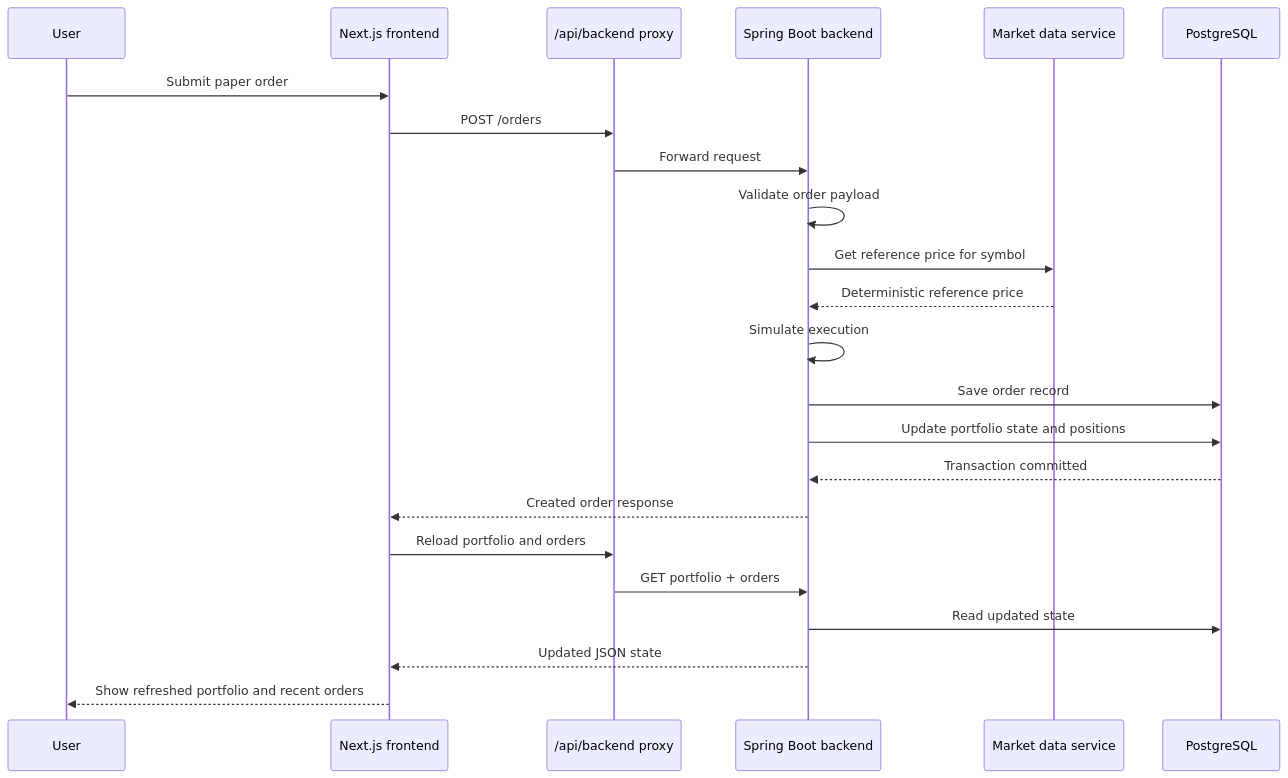
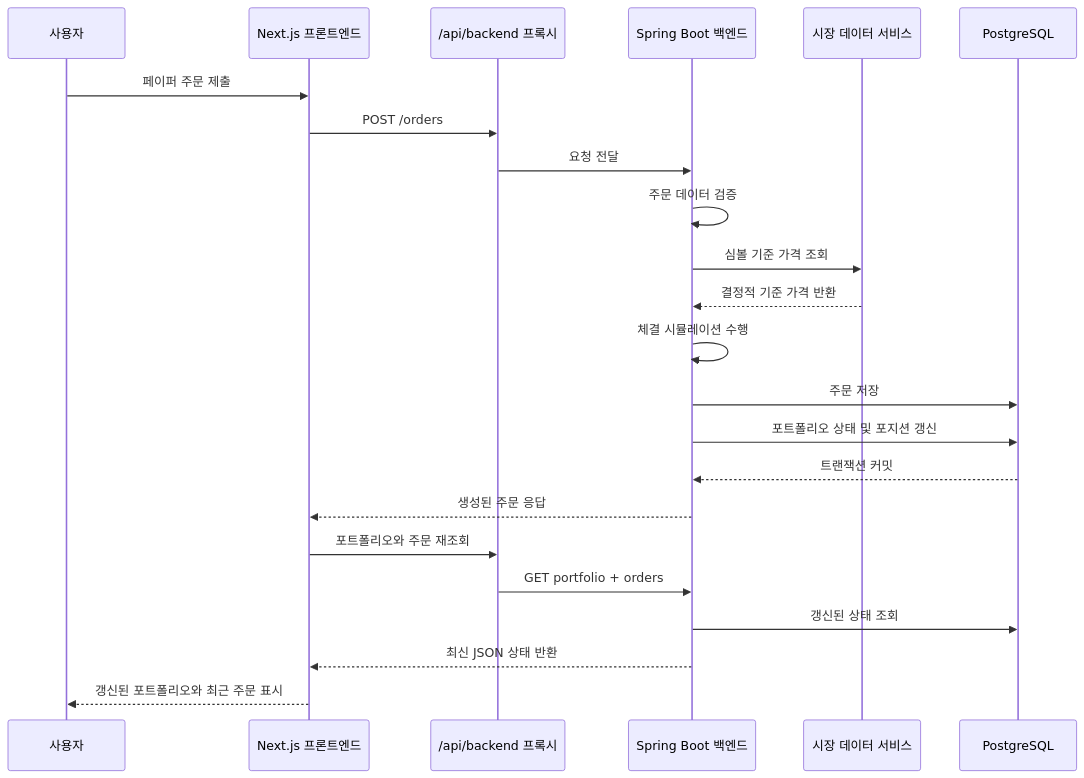
Before and after one commit to Bonchang/qerp3: the third of 4 diagrams in docs/runtime-lifecycle.md, drawn with Mermaid. The commit also changed other lines of this file and 5 other files, not shown here.

````diff
--- a/docs/runtime-lifecycle.md
+++ b/docs/runtime-lifecycle.md
@@ -82,26 +82,26 @@
 ```mermaid
 sequenceDiagram
-    participant User
-    participant Frontend as Next.js frontend
-    participant Proxy as /api/backend proxy
-    participant Backend as Spring Boot backend
-    participant Market as Market data service
+    participant User as 사용자
+    participant Frontend as Next.js 프론트엔드
+    participant Proxy as /api/backend 프록시
+    participant Backend as Spring Boot 백엔드
+    participant Market as 시장 데이터 서비스
     participant DB as PostgreSQL
 
-    User->>Frontend: Submit paper order
+    User->>Frontend: 페이퍼 주문 제출
     Frontend->>Proxy: POST /orders
-    Proxy->>Backend: Forward request
-    Backend->>Backend: Validate order payload
-    Backend->>Market: Get reference price for symbol
-    Market-->>Backend: Deterministic reference price
-    Backend->>Backend: Simulate execution
-    Backend->>DB: Save order record
-    Backend->>DB: Update portfolio state and positions
-    DB-->>Backend: Transaction committed
-    Backend-->>Frontend: Created order response
-    Frontend->>Proxy: Reload portfolio and orders
+    Proxy->>Backend: 요청 전달
+    Backend->>Backend: 주문 데이터 검증
+    Backend->>Market: 심볼 기준 가격 조회
+    Market-->>Backend: 결정적 기준 가격 반환
+    Backend->>Backend: 체결 시뮬레이션 수행
+    Backend->>DB: 주문 저장
+    Backend->>DB: 포트폴리오 상태 및 포지션 갱신
+    DB-->>Backend: 트랜잭션 커밋
+    Backend-->>Frontend: 생성된 주문 응답
+    Frontend->>Proxy: 포트폴리오와 주문 재조회
     Proxy->>Backend: GET portfolio + orders
-    Backend->>DB: Read updated state
-    Backend-->>Frontend: Updated JSON state
-    Frontend-->>User: Show refreshed portfolio and recent orders
+    Backend->>DB: 갱신된 상태 조회
+    Backend-->>Frontend: 최신 JSON 상태 반환
+    Frontend-->>User: 갱신된 포트폴리오와 최근 주문 표시
 ```
````
